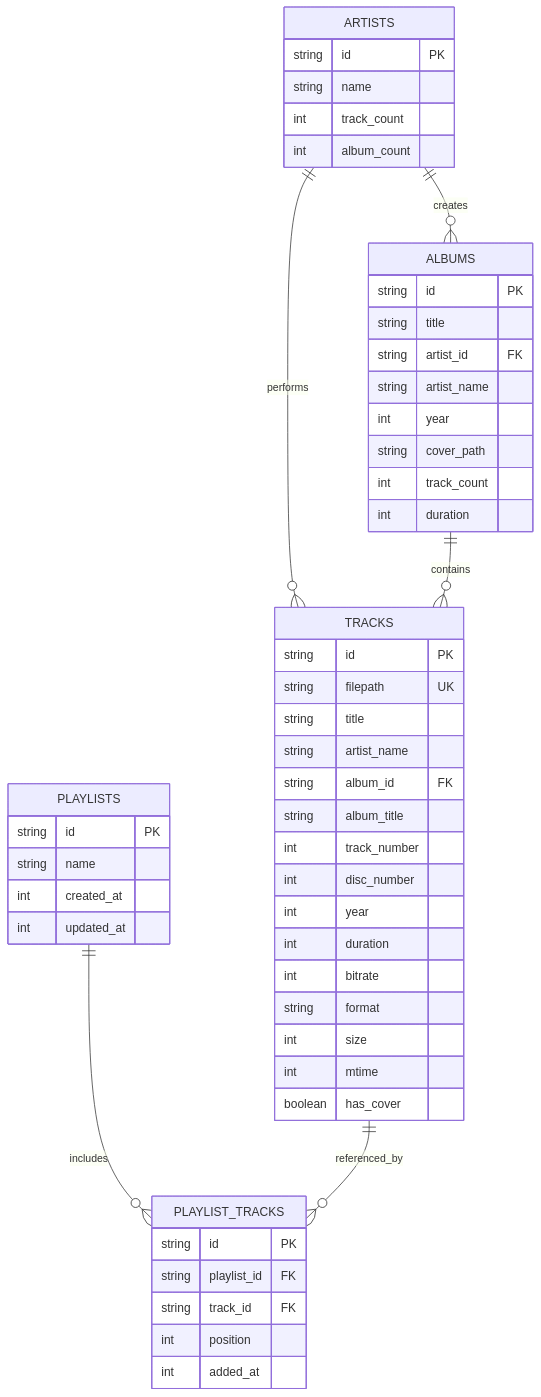
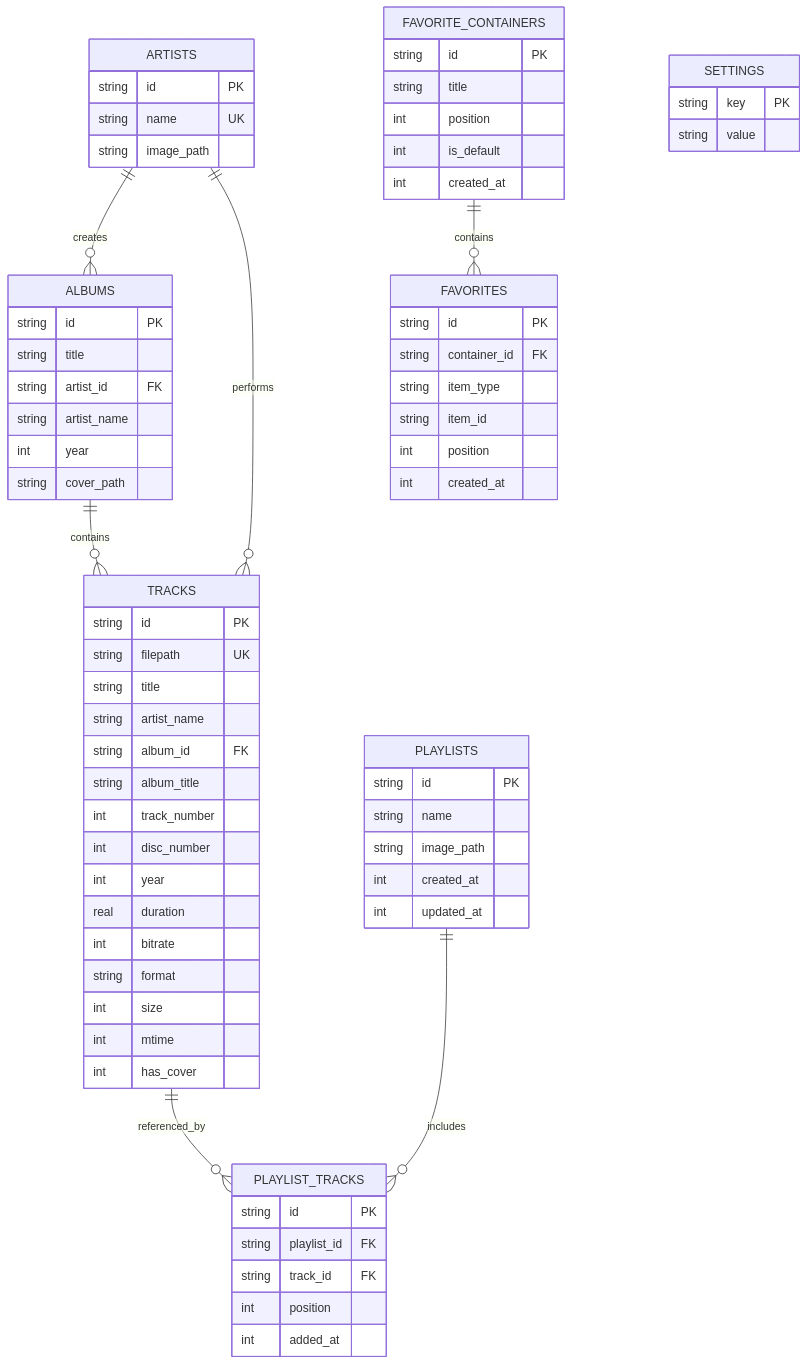
Before and after one commit to UdrK/QuarterNote: the second of 4 diagrams in docs/architecture.md, drawn with Mermaid. The commit also changed other lines of this file and 5 other files, not shown here.

````diff
--- a/docs/architecture.md
+++ b/docs/architecture.md
@@ -58,59 +62,80 @@
 ```mermaid
 erDiagram
     ARTISTS ||--o{ ALBUMS : creates
     ARTISTS ||--o{ TRACKS : performs
     ALBUMS ||--o{ TRACKS : contains
     PLAYLISTS ||--o{ PLAYLIST_TRACKS : includes
     TRACKS ||--o{ PLAYLIST_TRACKS : referenced_by
+    FAVORITE_CONTAINERS ||--o{ FAVORITES : contains
 
     ARTISTS {
         string id PK
-        string name
-        int track_count
-        int album_count
+        string name UK
+        string image_path
     }
 
     ALBUMS {
         string id PK
         string title
         string artist_id FK
         string artist_name
         int year
         string cover_path
-        int track_count
-        int duration
     }
 
     TRACKS {
         string id PK
         string filepath UK
         string title
         string artist_name
         string album_id FK
         string album_title
         int track_number
         int disc_number
         int year
-        int duration
+        real duration
         int bitrate
         string format
         int size
         int mtime
-        boolean has_cover
+        int has_cover
     }
 
     PLAYLISTS {
         string id PK
         string name
+        string image_path
         int created_at
         int updated_at
     }
 
     PLAYLIST_TRACKS {
         string id PK
         string playlist_id FK
         string track_id FK
         int position
         int added_at
     }
+
+    FAVORITE_CONTAINERS {
+        string id PK
+        string title
+        int position
+        int is_default
+        int created_at
+    }
+
+    FAVORITES {
+        string id PK
+        string container_id FK
+        string item_type
+        string item_id
+        int position
+        int created_at
+    }
+
+    SETTINGS {
+        string key PK
+        string value
+    }
 ```
````
